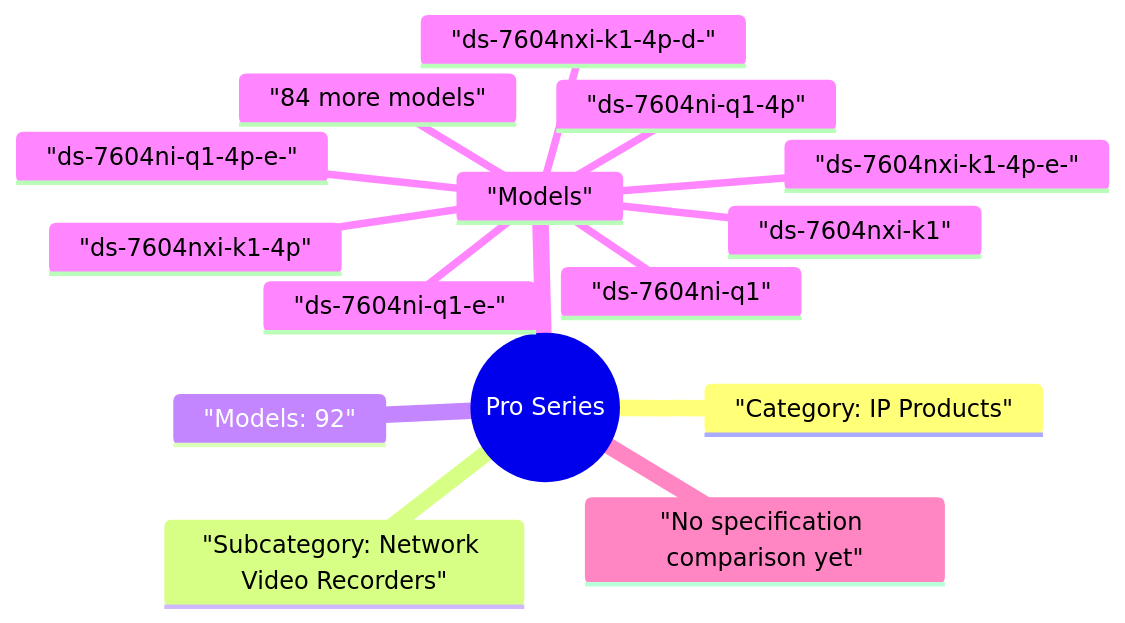
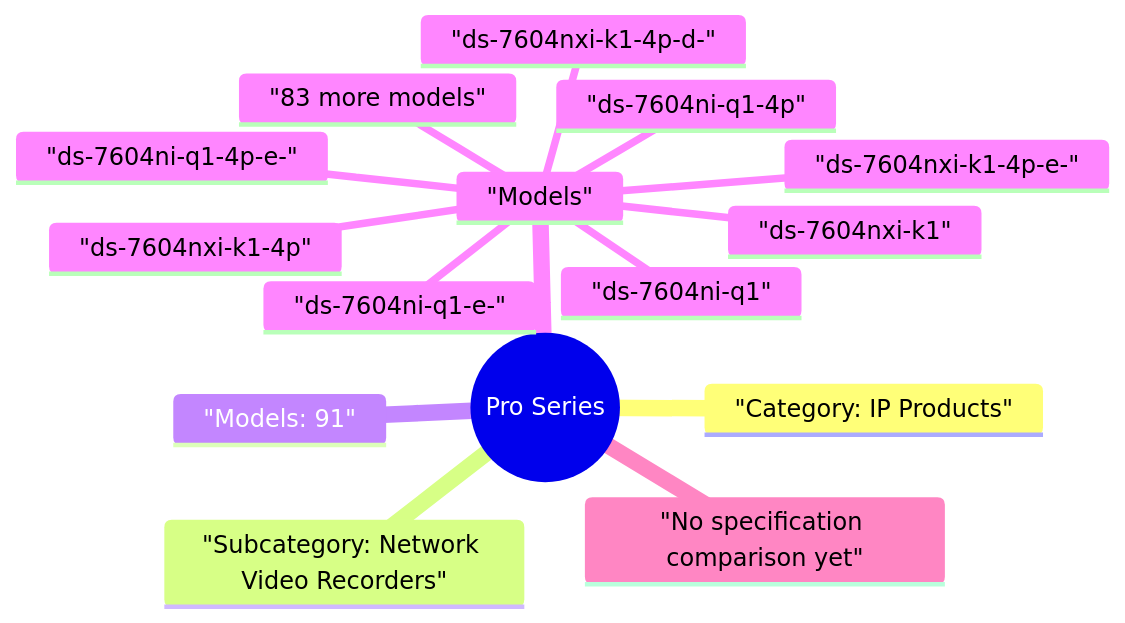
One commit to 123321step/hikvision-product-map changed the diagram in site/mindmaps/en-ip-products-network-video-recorders-pro-series.mmd. Above: the diagram before and after it, drawn with Mermaid. The commit also changed 136 other files, not shown here.

```diff
--- a/site/mindmaps/en-ip-products-network-video-recorders-pro-series.mmd
+++ b/site/mindmaps/en-ip-products-network-video-recorders-pro-series.mmd
@@ -1,16 +1,16 @@
 mindmap
   root(("Pro Series"))
     "Category: IP Products"
     "Subcategory: Network Video Recorders"
-    "Models: 92"
+    "Models: 91"
     "Models"
       "ds-7604ni-q1"
       "ds-7604ni-q1-4p"
       "ds-7604ni-q1-4p-e-"
       "ds-7604ni-q1-e-"
       "ds-7604nxi-k1"
       "ds-7604nxi-k1-4p"
       "ds-7604nxi-k1-4p-d-"
       "ds-7604nxi-k1-4p-e-"
-      "84 more models"
+      "83 more models"
     "No specification comparison yet"
```
